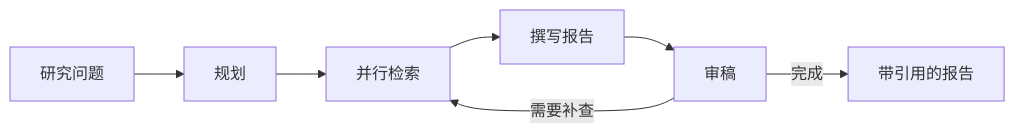
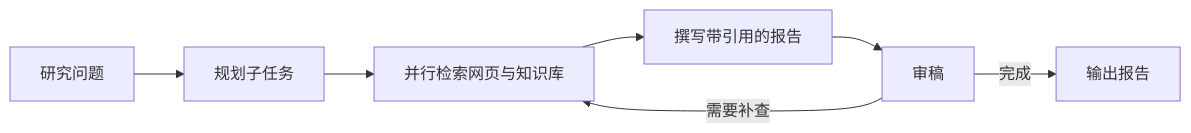
The diagram in README.md (Ri4o3c/deepresearch-agent), drawn with Mermaid before and after one commit. The commit also changed other lines of this file and 1 other file, not shown here.

````diff
--- a/README.md
+++ b/README.md
@@ -5,9 +11,9 @@
 ```mermaid
 flowchart LR
-  Q[研究问题] --> P[规划]
-  P --> R[并行检索]
-  R --> W[撰写报告]
+  Q[研究问题] --> P[规划子任务]
+  P --> R[并行检索网页与知识库]
+  R --> W[撰写带引用的报告]
   W --> V[审稿]
   V -->|需要补查| R
-  V -->|完成| O[带引用的报告]
+  V -->|完成| O[输出报告]
 ```
````
